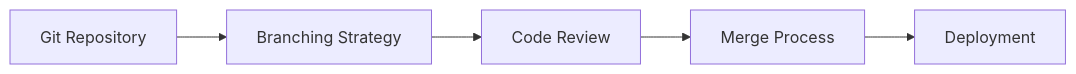
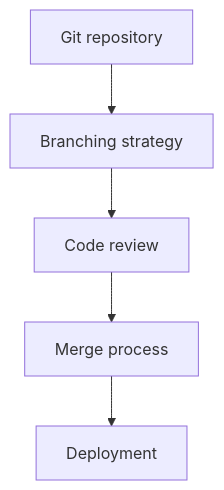
One commit to Geonitab/architecture_as_code changed the diagram in docs/images/diagram_03_version_control.mmd. Above: the diagram before and after it, drawn with Mermaid. The commit also changed 165 other files, not shown here.

First line of the commit message:
Readable diagrams, a check that measures them, and the rules in the guides

```diff
--- a/docs/images/diagram_03_version_control.mmd
+++ b/docs/images/diagram_03_version_control.mmd
@@ -1,5 +1,5 @@
-graph LR
-A[Git Repository]:::geon-primary --> B[Branching Strategy]:::geon-highlight
-B --> C[Code Review]:::geon-accent
-C --> D[Merge Process]:::geon-accent
-D --> E[Deployment]:::geon-primary
+flowchart TB
+    A["Git repository"]:::geon-primary --> B["Branching strategy"]:::geon-highlight
+    B --> C["Code review"]:::geon-accent
+    C --> D["Merge process"]:::geon-accent
+    D --> E["Deployment"]:::geon-primary
```
